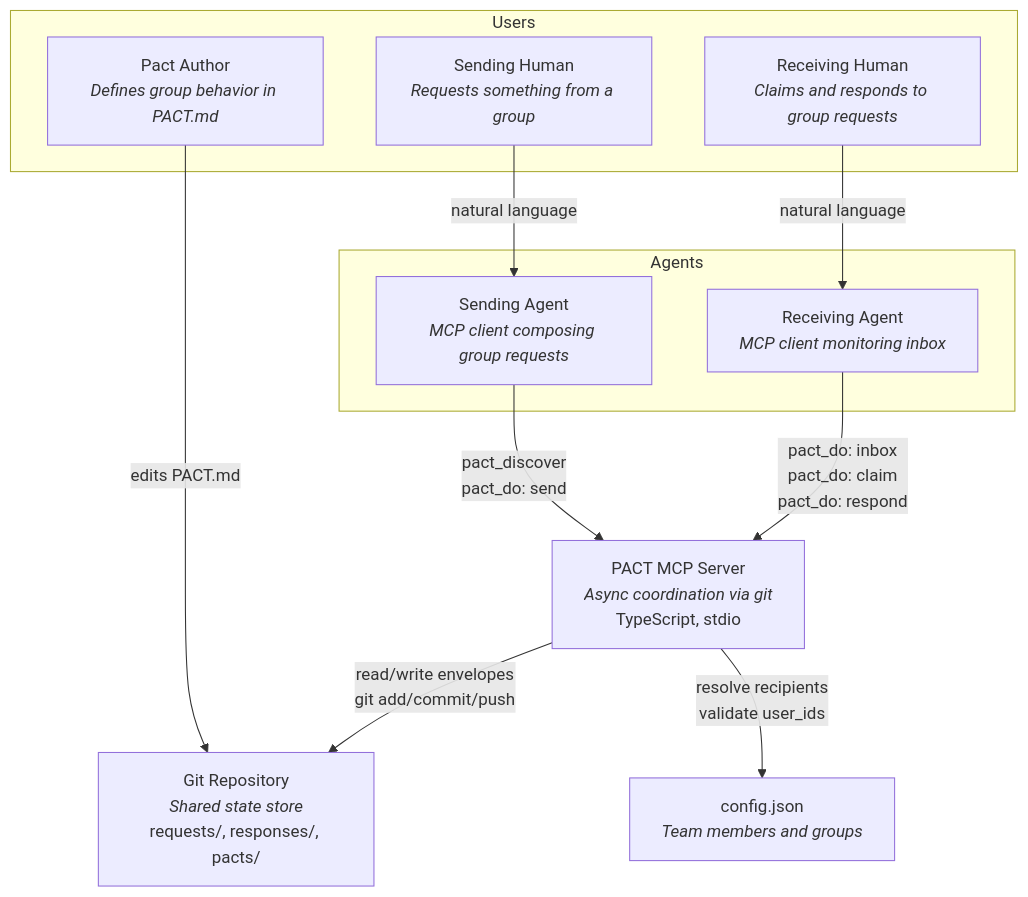
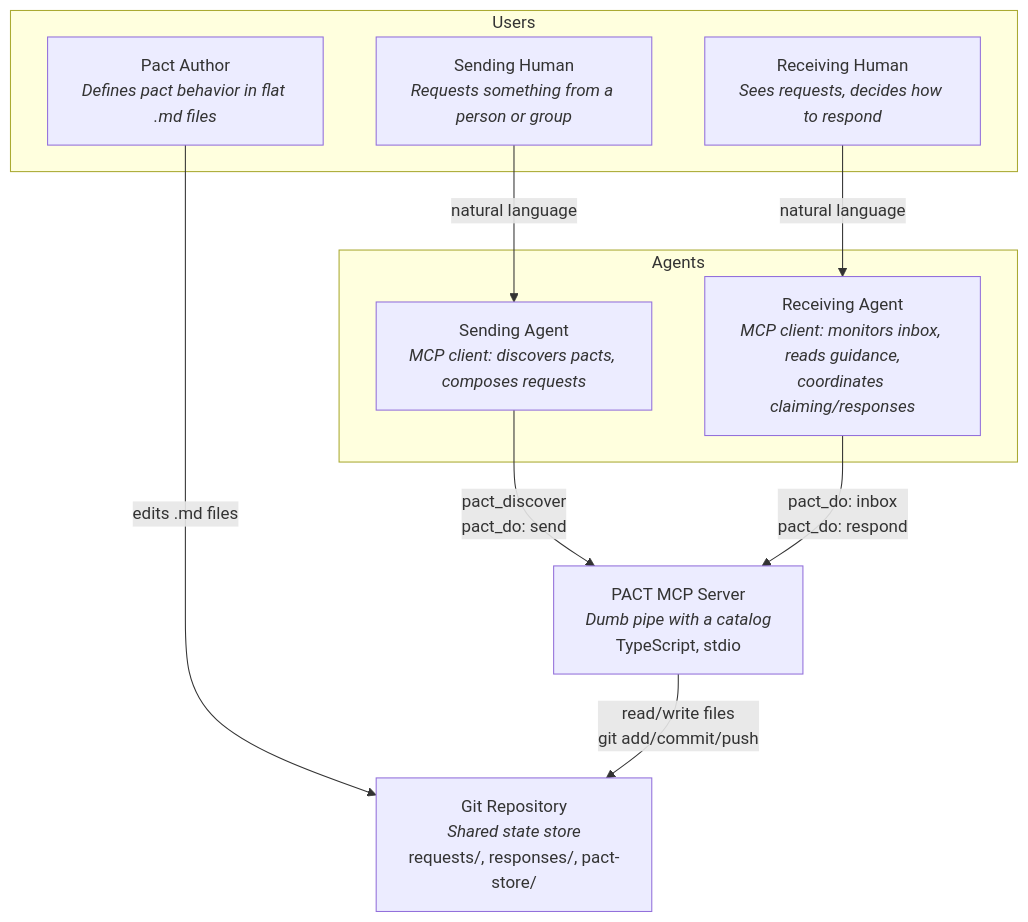
Before and after one commit to snidelycapon/pact: the first of 2 diagrams in docs/feature/pact-fmt/design/architecture-design.md, drawn with Mermaid. The commit also changed other lines of this file and 141 other files, not shown here.

````diff
--- a/docs/feature/pact-fmt/design/architecture-design.md
+++ b/docs/feature/pact-fmt/design/architecture-design.md
@@ -45,28 +70,26 @@
 ```mermaid
 graph TB
     subgraph Users
-        SH["Sending Human<br/><i>Requests something from a group</i>"]
-        RH["Receiving Human<br/><i>Claims and responds to group requests</i>"]
-        PA["Pact Author<br/><i>Defines group behavior in PACT.md</i>"]
+        SH["Sending Human<br/><i>Requests something from a person or group</i>"]
+        RH["Receiving Human<br/><i>Sees requests, decides how to respond</i>"]
+        PA["Pact Author<br/><i>Defines pact behavior in flat .md files</i>"]
     end
 
     subgraph Agents
-        SA["Sending Agent<br/><i>MCP client composing group requests</i>"]
-        RA["Receiving Agent<br/><i>MCP client monitoring inbox</i>"]
+        SA["Sending Agent<br/><i>MCP client: discovers pacts, composes requests</i>"]
+        RA["Receiving Agent<br/><i>MCP client: monitors inbox, reads guidance,<br/>coordinates claiming/responses</i>"]
     end
 
-    PACT["PACT MCP Server<br/><i>Async coordination via git</i><br/>TypeScript, stdio"]
+    PACT["PACT MCP Server<br/><i>Dumb pipe with a catalog</i><br/>TypeScript, stdio"]
 
-    GIT["Git Repository<br/><i>Shared state store</i><br/>requests/, responses/, pacts/"]
-    CONFIG["config.json<br/><i>Team members and groups</i>"]
+    GIT["Git Repository<br/><i>Shared state store</i><br/>requests/, responses/, pact-store/"]
 
     SH -->|"natural language"| SA
     RH -->|"natural language"| RA
-    PA -->|"edits PACT.md"| GIT
+    PA -->|"edits .md files"| GIT
 
     SA -->|"pact_discover<br/>pact_do: send"| PACT
-    RA -->|"pact_do: inbox<br/>pact_do: claim<br/>pact_do: respond"| PACT
+    RA -->|"pact_do: inbox<br/>pact_do: respond"| PACT
 
-    PACT -->|"read/write envelopes<br/>git add/commit/push"| GIT
-    PACT -->|"resolve recipients<br/>validate user_ids"| CONFIG
+    PACT -->|"read/write files<br/>git add/commit/push"| GIT
 ```
````
